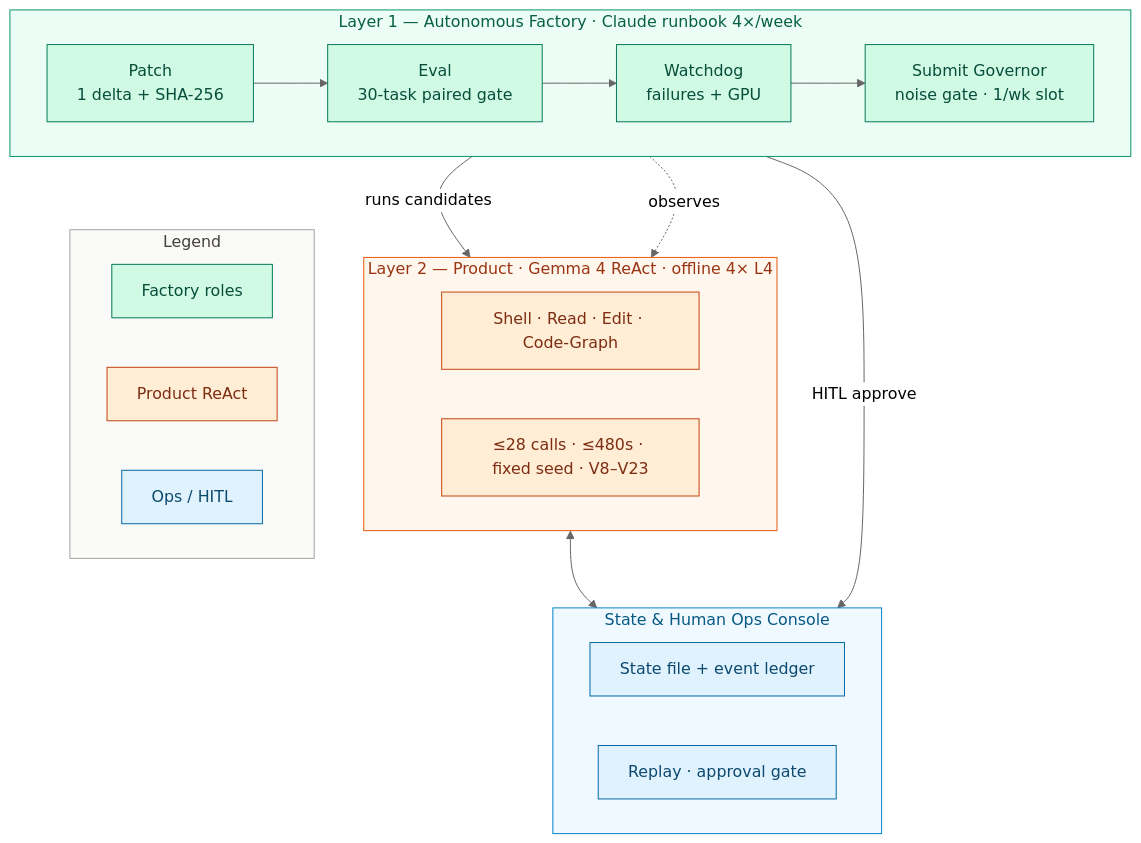
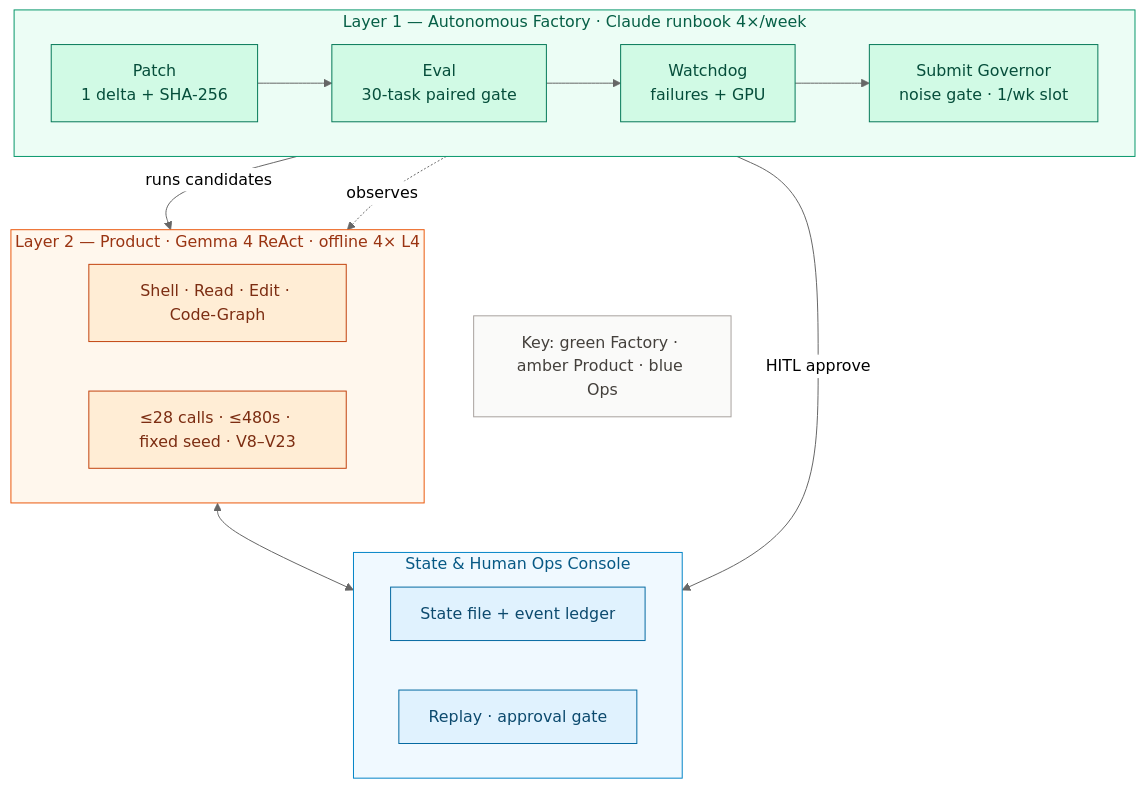
The diagram in README.md (khaosans/noisegate-gemma4-factory), drawn with Mermaid (neutral theme) before and after one commit. The commit also changed other lines of this file and 4 other files, not shown here.

First line of the commit message:
docs: compact Mermaid legends to single Key lines

````diff
--- a/README.md
+++ b/README.md
@@ -28,43 +28,38 @@
 ```mermaid
 flowchart TB
   subgraph L1["Layer 1 — Autonomous Factory · Claude runbook 4×/week"]
     direction LR
     P[Patch<br/>1 delta + SHA-256] --> E[Eval<br/>30-task paired gate]
     E --> W[Watchdog<br/>failures + GPU]
     W --> G[Submit Governor<br/>noise gate · 1/wk slot]
   end
 
   subgraph L2["Layer 2 — Product · Gemma 4 ReAct · offline 4× L4"]
     T[Shell · Read · Edit · Code-Graph]
     C["≤28 calls · ≤480s · fixed seed · V8–V23"]
   end
 
   subgraph Ops["State & Human Ops Console"]
     S[State file + event ledger]
     H[Replay · approval gate]
   end
 
-  subgraph Legend["Legend"]
-    direction LR
-    LegF[Factory roles]
-    LegP[Product ReAct]
-    LegO[Ops / HITL]
-  end
+  Key["Key: green Factory · amber Product · blue Ops"]
 
   E -->|runs candidates| L2
   W -.->|observes| L2
   G -->|HITL approve| Ops
   L2 <--> Ops
-  G ~~~ LegF
+  G ~~~ Key
 
   classDef factory fill:#D1FAE5,stroke:#047857,color:#064E3B
   classDef product fill:#FFEDD5,stroke:#C2410C,color:#7C2D12
   classDef ops fill:#E0F2FE,stroke:#0369A1,color:#0C4A6E
-  class P,E,W,G,LegF factory
-  class T,C,LegP product
-  class S,H,LegO ops
+  class P,E,W,G factory
+  class T,C product
+  class S,H ops
   style L1 fill:#ECFDF5,stroke:#059669,color:#065F46
   style L2 fill:#FFF7ED,stroke:#EA580C,color:#9A3412
   style Ops fill:#F0F9FF,stroke:#0284C7,color:#075985
-  style Legend fill:#FAFAF9,stroke:#A8A29E,color:#44403C
+  style Key fill:#FAFAF9,stroke:#A8A29E,color:#44403C
 ```
````
